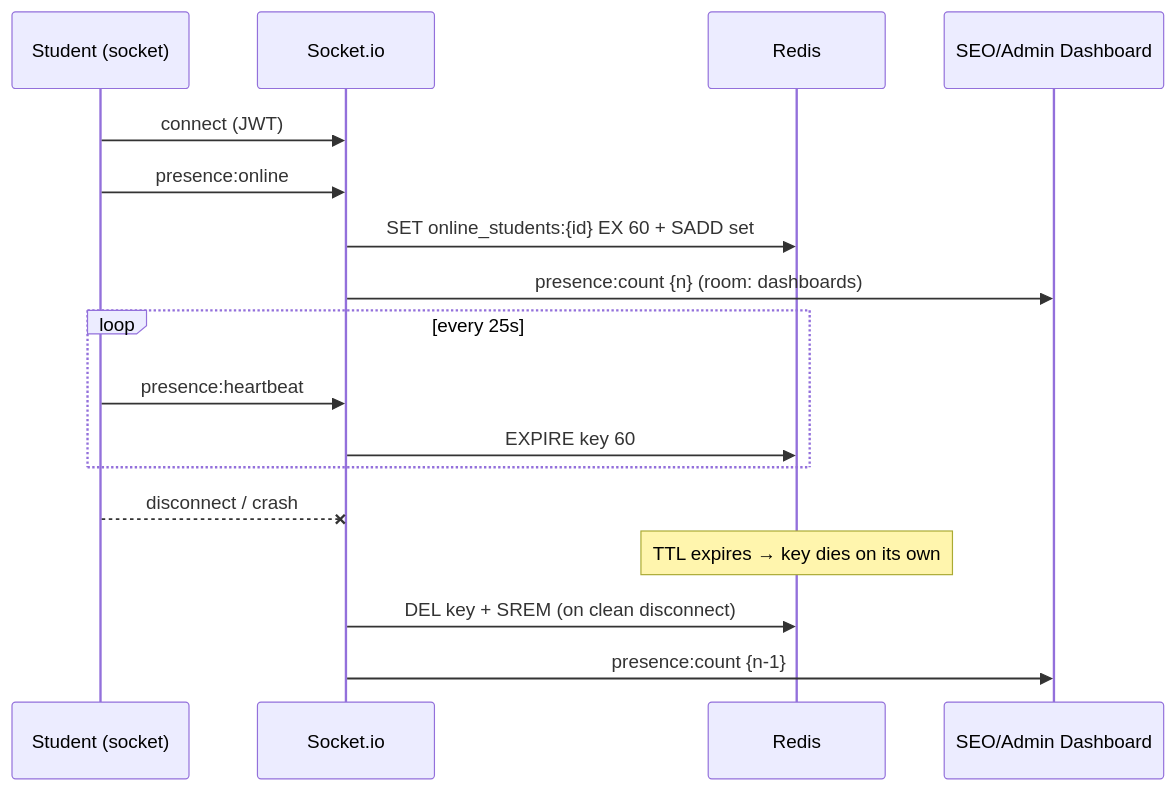
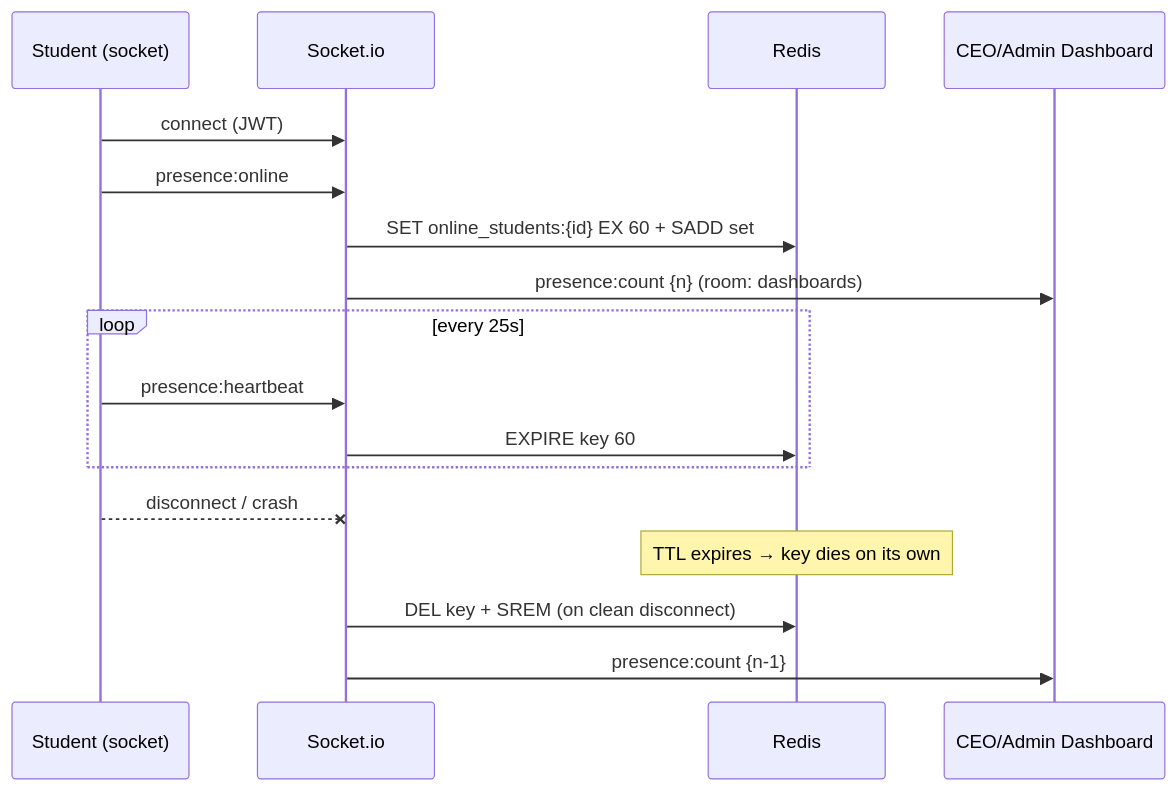
Before and after one commit to Azizbek0010/LevelUP_academy: the sixth of 7 diagrams in docs/diagrams/Backend-Architecture-Diagrams.md, drawn with Mermaid. The commit also changed 216 other files, not shown here.

First line of the commit message:
feat: SaaS Control Center + rename role SEO -> CEO

````diff
--- a/docs/diagrams/Backend-Architecture-Diagrams.md
+++ b/docs/diagrams/Backend-Architecture-Diagrams.md
@@ -165,20 +165,20 @@
 ```mermaid
 sequenceDiagram
     participant S as Student (socket)
     participant IO as Socket.io
     participant R as Redis
-    participant D as SEO/Admin Dashboard
+    participant D as CEO/Admin Dashboard
 
     S->>IO: connect (JWT)
     S->>IO: presence:online
     IO->>R: SET online_students:{id} EX 60 + SADD set
     IO->>D: presence:count {n} (room: dashboards)
     loop every 25s
         S->>IO: presence:heartbeat
         IO->>R: EXPIRE key 60
     end
     S--xIO: disconnect / crash
     Note over R: TTL expires → key dies on its own
     IO->>R: DEL key + SREM (on clean disconnect)
     IO->>D: presence:count {n-1}
 ```
````
